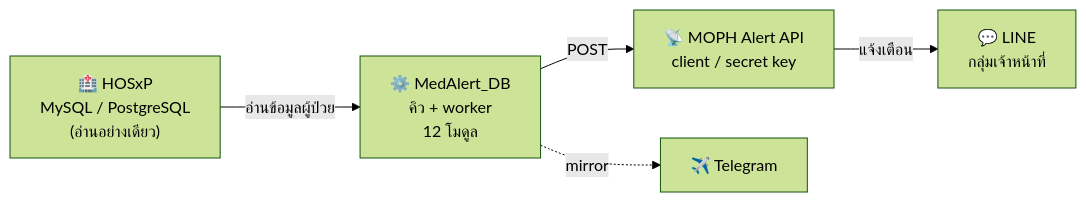
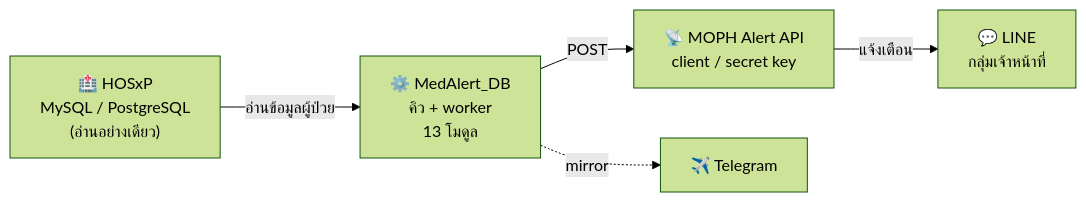
Before and after one commit to nuttapong39/Fall_Risk_Alert-V.2: the first of 2 diagrams in README.md, drawn with Mermaid (forest theme). The commit also changed other lines of this file and 41 other files, not shown here.

````diff
--- a/README.md
+++ b/README.md
@@ -41,7 +41,7 @@
 ```mermaid
 flowchart LR
-    A["🏥 HOSxP<br/>MySQL / PostgreSQL<br/>(อ่านอย่างเดียว)"] -->|อ่านข้อมูลผู้ป่วย| B["⚙️ MedAlert_DB<br/>คิว + worker<br/>12 โมดูล"]
+    A["🏥 HOSxP<br/>MySQL / PostgreSQL<br/>(อ่านอย่างเดียว)"] -->|อ่านข้อมูลผู้ป่วย| B["⚙️ MedAlert_DB<br/>คิว + worker<br/>13 โมดูล"]
     B -->|POST| C["📡 MOPH Alert API<br/>client / secret key"]
     C -->|แจ้งเตือน| D["💬 LINE<br/>กลุ่มเจ้าหน้าที่"]
     B -.->|mirror| E["✈️ Telegram"]
 ```
````
